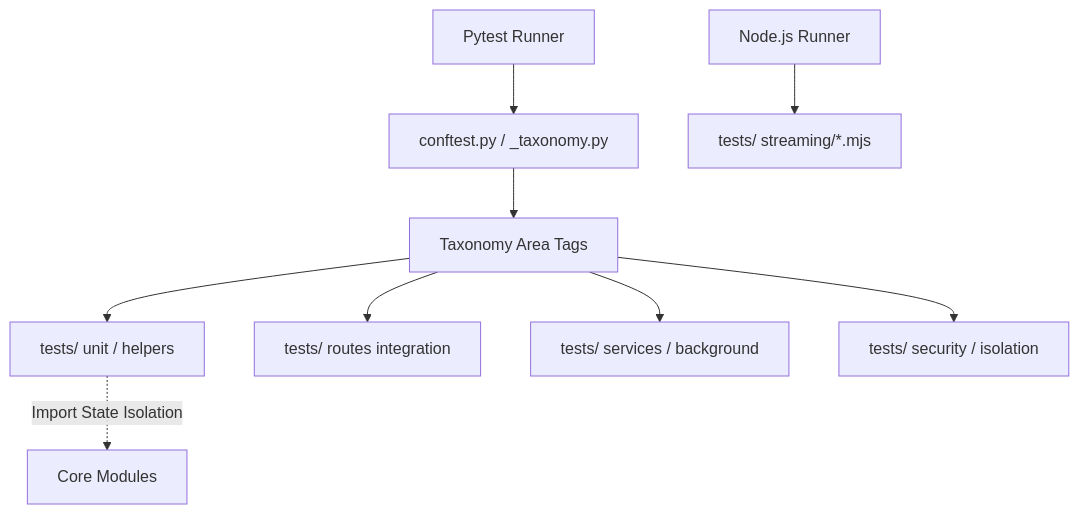
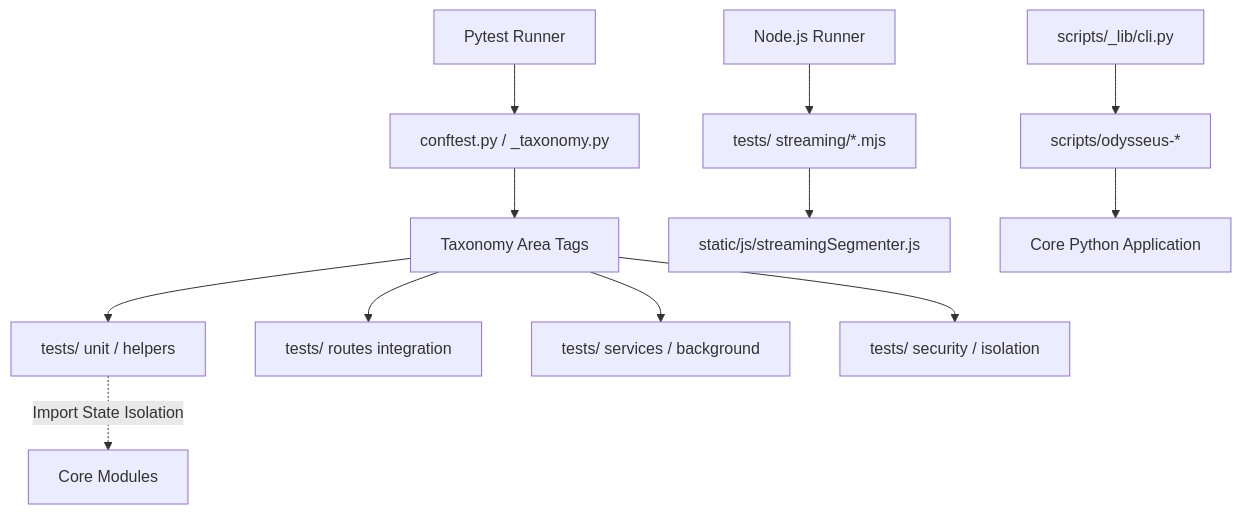
Diagram 27 of 27 in docs/ARCHITECTURE.md (odysseus-dev/odysseus), drawn with Mermaid before and after one commit. The commit also changed other lines of this file, not shown here.

First line of the commit message:
docs: Deduplicate and consolidate sections in ARCHITECTURE.md

````diff
--- a/docs/ARCHITECTURE.md
+++ b/docs/ARCHITECTURE.md
@@ -2597,11 +2256,14 @@
 ```mermaid
 graph TD
     TestRunner[Pytest Runner] --> Collection[conftest.py / _taxonomy.py]
     Collection --> Tags[Taxonomy Area Tags]
     Tags --> Unit[tests/ unit / helpers]
     Tags --> Routes[tests/ routes integration]
     Tags --> Services[tests/ services / background]
     Tags --> Security[tests/ security / isolation]
     TestRunnerNode[Node.js Runner] --> JS[tests/ streaming/*.mjs]
     Unit -.-> |Import State Isolation| Module[Core Modules]
+    JS --> Segmenter[static/js/streamingSegmenter.js]
+    CLI[scripts/_lib/cli.py] --> OdyScripts[scripts/odysseus-*]
+    OdyScripts --> Core[Core Python Application]
 ```
````
